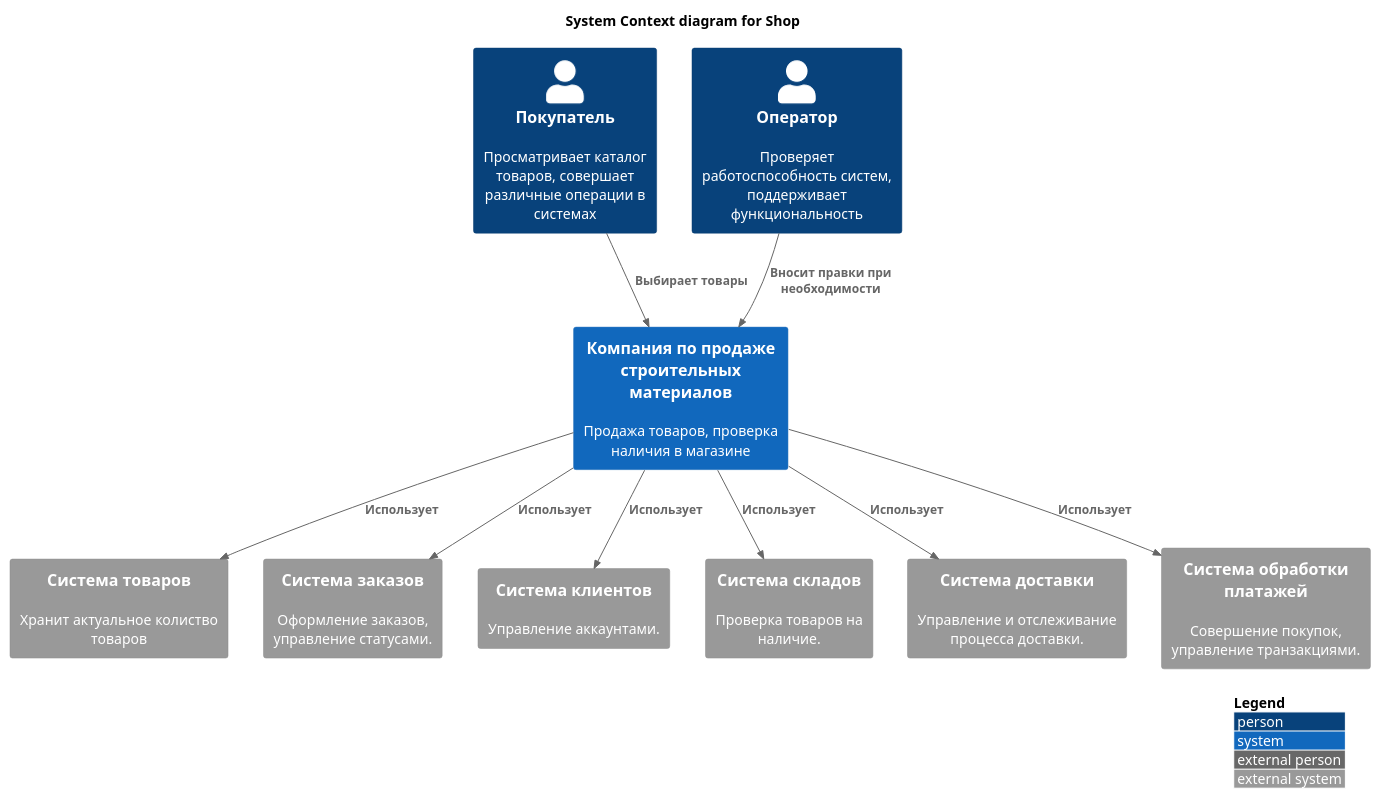
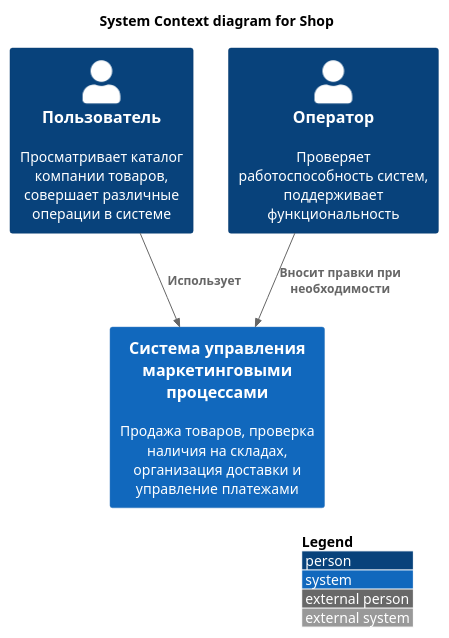
The diagram in Контекстная диаграмма.puml (Ksenia530/Solodovnik_analytics_practice), drawn with PlantUML before and after one commit.

```diff
--- a/Контекстная диаграмма.puml
+++ b/Контекстная диаграмма.puml
@@ -1,28 +1,15 @@
 @startuml
 !include https://raw.githubusercontent.com/plantuml-stdlib/C4-PlantUML/master/C4_Context.puml
 
 LAYOUT_WITH_LEGEND()
 
 title System Context diagram for Shop
 
-Person(customer, "Покупатель", "Просматривает каталог товаров, совершает различные операции в системах")
+Person(customer, "Пользователь", "Просматривает каталог компании товаров, совершает различные операции в системе")
 Person(administrator, "Оператор", "Проверяет работоспособность систем, поддерживает функциональность")
-System(General_system, "Компания по продаже строительных материалов", "Продажа товаров, проверка наличия в магазине")
+System(General_system, "Система управления маркетинговыми процессами", "Продажа товаров, проверка наличия на складах, организация доставки и управление платежами")
 
-System_Ext(Product_sales_system, "Система товаров", "Хранит актуальное колиство товаров")
-System_Ext(Order_system, "Система заказов", "Оформление заказов, управление статусами.")
-System_Ext(Customer_system, "Система клиентов", "Управление аккаунтами.")
-System_Ext(Storage_system, "Система складов", "Проверка товаров на наличие.")
-System_Ext(Delivery_system, "Система доставки", "Управление и отслеживание процесса доставки.")
-System_Ext(Payment_system, "Система обработки платажей", "Совершение покупок, управление транзакциями.")
-
-Rel(customer, General_system, "Выбирает товары")
+Rel(customer, General_system, "Использует")
 Rel(administrator, General_system, "Вносит правки при необходимости")
-Rel(General_system, Customer_system, "Использует")
-Rel(General_system, Product_sales_system, "Использует")
-Rel(General_system, Order_system, "Использует")
-Rel(General_system, Storage_system, "Использует")
-Rel(General_system, Payment_system, "Использует")
-Rel(General_system, Delivery_system, "Использует")
 
 @enduml
```
